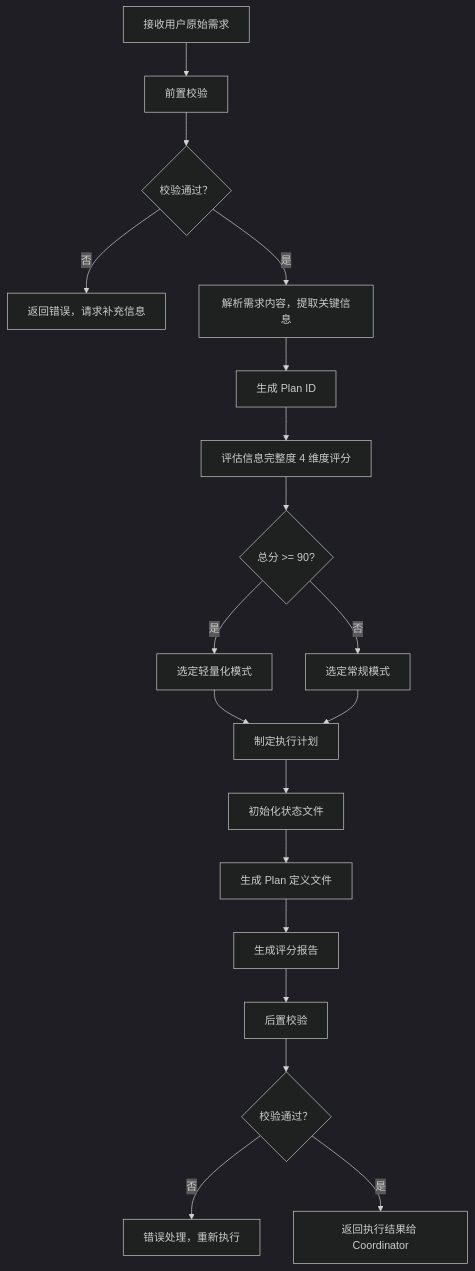
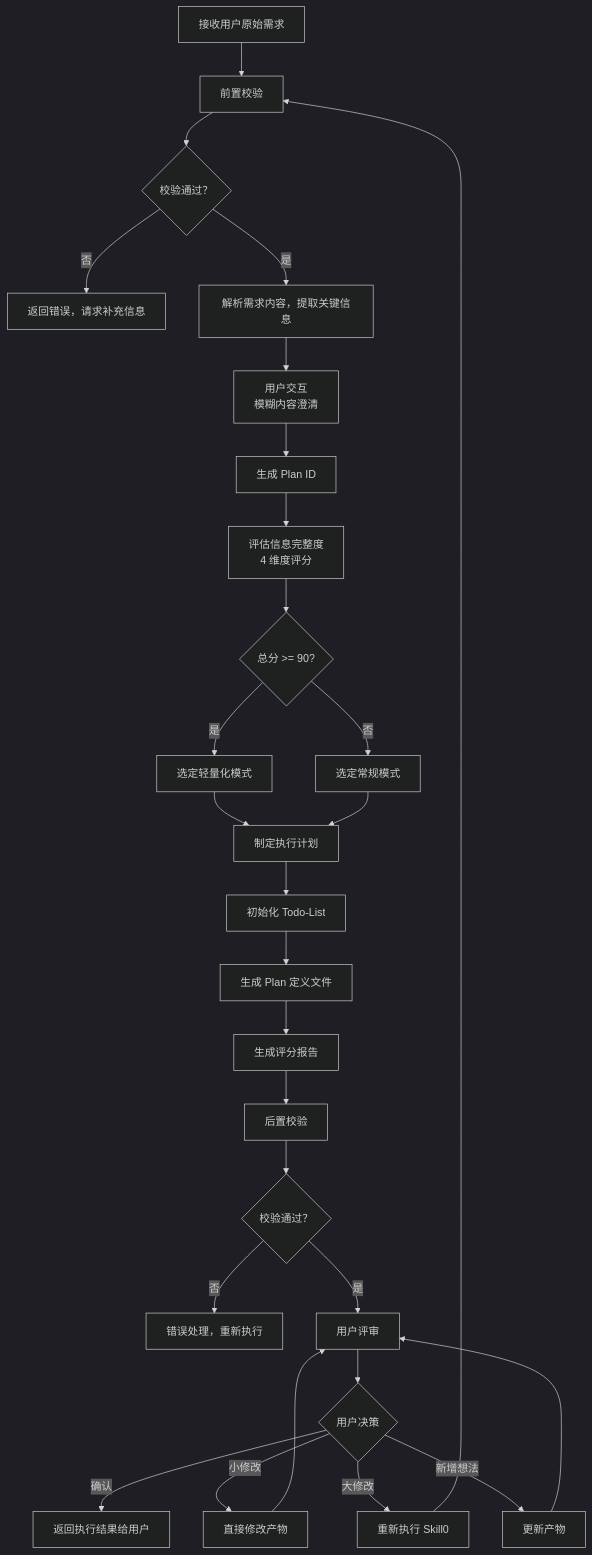
The diagram in skills/skill0-plan/SKILL.md (HeartFlying/swf), drawn with Mermaid (dark theme) before and after one commit. The commit also changed other lines of this file and 39 other files, not shown here.

````diff
--- a/skills/skill0-plan/SKILL.md
+++ b/skills/skill0-plan/SKILL.md
@@ -77,21 +241,30 @@
 ```mermaid
-graph TD
-    A[接收用户原始需求] --> B[前置校验]
-    B --> C{校验通过？}
-    C -->|否 | D[返回错误，请求补充信息]
-    C -->|是 | E[解析需求内容，提取关键信息]
-    E --> F[生成 Plan ID]
-    F --> G[评估信息完整度 4 维度评分]
-    G --> H{总分 >= 90?}
-    H -->|是 | I[选定轻量化模式]
-    H -->|否 | J[选定常规模式]
-    I --> K[制定执行计划]
-    J --> K
-    K --> L[初始化状态文件]
-    L --> M[生成 Plan 定义文件]
-    M --> N[生成评分报告]
-    N --> O[后置校验]
-    O --> P{校验通过？}
-    P -->|否 | Q[错误处理，重新执行]
-    P -->|是 | R[返回执行结果给 Coordinator]
+flowchart TD
+    Start[接收用户原始需求] --> PreCheck[前置校验]
+    PreCheck --> CheckResult{校验通过？}
+    CheckResult -->|否 | Error[返回错误，请求补充信息]
+    CheckResult -->|是 | Parse[解析需求内容，提取关键信息]
+    Parse --> Interact[用户交互<br/>模糊内容澄清]
+    Interact --> GenPlanID[生成 Plan ID]
+    GenPlanID --> Score[评估信息完整度<br/>4 维度评分]
+    Score --> ModeCheck{总分 >= 90?}
+    ModeCheck -->|是 | Light[选定轻量化模式]
+    ModeCheck -->|否 | Normal[选定常规模式]
+    Light --> Plan[制定执行计划]
+    Normal --> Plan
+    Plan --> Init[初始化 Todo-List]
+    Init --> GenPlan[生成 Plan 定义文件]
+    GenPlan --> GenScore[生成评分报告]
+    GenScore --> PostCheck[后置校验]
+    PostCheck --> PostCheckResult{校验通过？}
+    PostCheckResult -->|否 | HandleError[错误处理，重新执行]
+    PostCheckResult -->|是 | Review[用户评审]
+    Review --> ReviewResult{用户决策}
+    ReviewResult -->|确认 | Return[返回执行结果给用户]
+    ReviewResult -->|小修改 | Modify[直接修改产物]
+    ReviewResult -->|大修改 | ReExecute[重新执行 Skill0]
+    ReviewResult -->|新增想法 | Update[更新产物]
+    Modify --> Review
+    Update --> Review
+    ReExecute --> PreCheck
 ```
````
